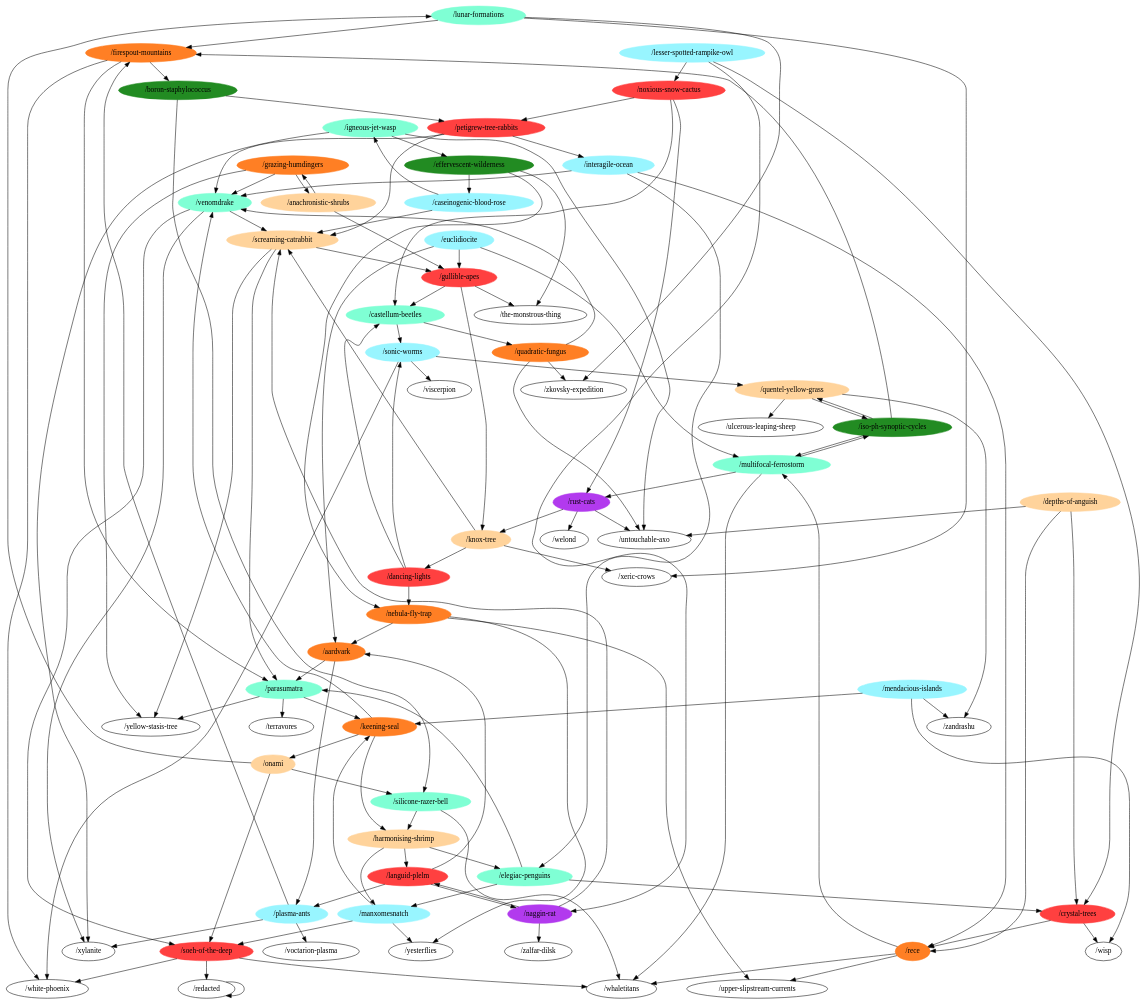
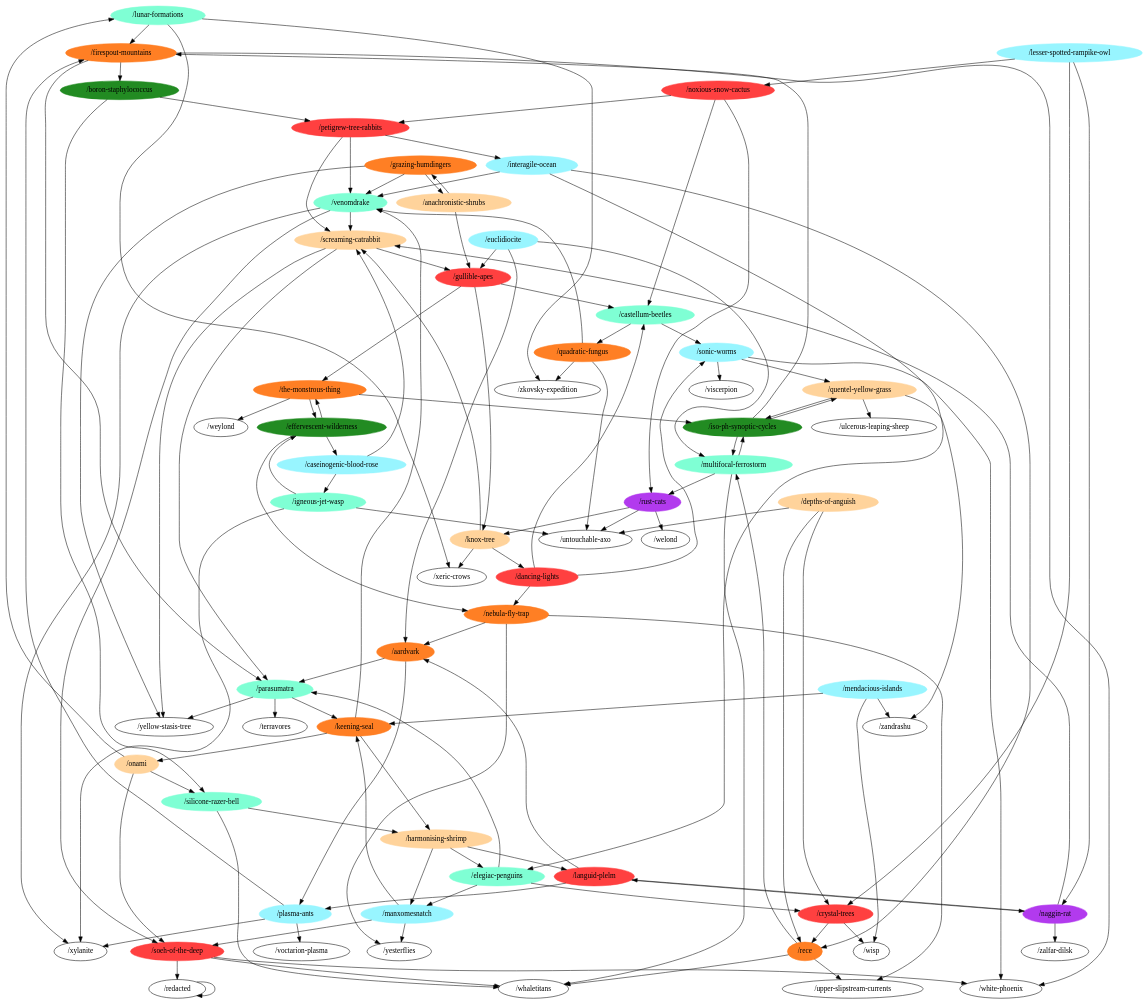
One commit to m-r-hunt/od117-walker changed the diagram in general.dot. Above: the diagram before and after it, drawn with Graphviz. The commit also changed 3 other files, not shown here.

Commit message:
Update graphs.

```diff
--- a/general.dot
+++ b/general.dot
@@ -1,183 +1,187 @@
 digraph G {
 "/lunar-formations" [color=aquamarine,style=filled];
 "/naggin-rat" [color=darkorchid2,style=filled];
 "/iso-ph-synoptic-cycles" [color=forestgreen,style=filled];
 "/multifocal-ferrostorm" [color=aquamarine,style=filled];
 "/effervescent-wilderness" [color=forestgreen,style=filled];
 "/harmonising-shrimp" [color=burlywood1,style=filled];
 "/soeh-of-the-deep" [color=brown1,style=filled];
 "/boron-staphylococcus" [color=forestgreen,style=filled];
 "/untouchable-axo";
 "/castellum-beetles" [color=aquamarine,style=filled];
 "/upper-slipstream-currents";
 "/firespout-mountains" [color=chocolate1,style=filled];
 "/xeric-crows";
 "/zalfar-dilsk";
 "/nebula-fly-trap" [color=chocolate1,style=filled];
 "/igneous-jet-wasp" [color=aquamarine,style=filled];
 "/lesser-spotted-rampike-owl" [color=cadetblue1,style=filled];
 "/wisp";
 "/venomdrake" [color=aquamarine,style=filled];
 "/petigrew-tree-rabbits" [color=brown1,style=filled];
 "/welond";
+"/weylond";
 "/quentel-yellow-grass" [color=burlywood1,style=filled];
 "/noxious-snow-cactus" [color=brown1,style=filled];
 "/grazing-humdingers" [color=chocolate1,style=filled];
 "/viscerpion";
 "/mendacious-islands" [color=cadetblue1,style=filled];
 "/zandrashu";
 "/dancing-lights" [color=brown1,style=filled];
 "/yesterflies";
 "/rece" [color=chocolate1,style=filled];
 "/languid-plelm" [color=brown1,style=filled];
 "/interagile-ocean" [color=cadetblue1,style=filled];
 "/ulcerous-leaping-sheep";
 "/quadratic-fungus" [color=chocolate1,style=filled];
 "/rust-cats" [color=darkorchid2,style=filled];
 "/euclidiocite" [color=cadetblue1,style=filled];
 "/sonic-worms" [color=cadetblue1,style=filled];
 "/crystal-trees" [color=brown1,style=filled];
 "/yellow-stasis-tree";
 "/silicone-razer-bell" [color=aquamarine,style=filled];
 "/depths-of-anguish" [color=burlywood1,style=filled];
 "/whaletitans";
 "/elegiac-penguins" [color=aquamarine,style=filled];
-"/the-monstrous-thing";
+"/the-monstrous-thing" [color=chocolate1,style=filled];
 "/onami" [color=burlywood1,style=filled];
 "/gullible-apes" [color=brown1,style=filled];
 "/knox-tree" [color=burlywood1,style=filled];
 "/parasumatra" [color=aquamarine,style=filled];
 "/white-phoenix";
 "/manxomesnatch" [color=cadetblue1,style=filled];
 "/redacted";
 "/plasma-ants" [color=cadetblue1,style=filled];
 "/anachronistic-shrubs" [color=burlywood1,style=filled];
 "/keening-seal" [color=chocolate1,style=filled];
 "/caseinogenic-blood-rose" [color=cadetblue1,style=filled];
 "/xylanite";
 "/voctarion-plasma";
 "/terravores";
 "/zkovsky-expedition";
 "/screaming-catrabbit" [color=burlywood1,style=filled];
 "/aardvark" [color=chocolate1,style=filled];
 "/lunar-formations" -> "/firespout-mountains";
 "/lunar-formations" -> "/xeric-crows";
 "/lunar-formations" -> "/zkovsky-expedition";
 "/naggin-rat" -> "/zalfar-dilsk";
 "/naggin-rat" -> "/languid-plelm";
 "/naggin-rat" -> "/screaming-catrabbit";
 "/iso-ph-synoptic-cycles" -> "/multifocal-ferrostorm";
 "/iso-ph-synoptic-cycles" -> "/firespout-mountains";
 "/iso-ph-synoptic-cycles" -> "/quentel-yellow-grass";
 "/multifocal-ferrostorm" -> "/iso-ph-synoptic-cycles";
 "/multifocal-ferrostorm" -> "/rust-cats";
 "/multifocal-ferrostorm" -> "/whaletitans";
 "/effervescent-wilderness" -> "/nebula-fly-trap";
 "/effervescent-wilderness" -> "/the-monstrous-thing";
 "/effervescent-wilderness" -> "/caseinogenic-blood-rose";
 "/harmonising-shrimp" -> "/languid-plelm";
 "/harmonising-shrimp" -> "/elegiac-penguins";
 "/harmonising-shrimp" -> "/manxomesnatch";
 "/soeh-of-the-deep" -> "/whaletitans";
 "/soeh-of-the-deep" -> "/white-phoenix";
 "/soeh-of-the-deep" -> "/redacted";
 "/boron-staphylococcus" -> "/petigrew-tree-rabbits";
 "/boron-staphylococcus" -> "/silicone-razer-bell";
 "/castellum-beetles" -> "/quadratic-fungus";
 "/castellum-beetles" -> "/sonic-worms";
 "/firespout-mountains" -> "/boron-staphylococcus";
 "/firespout-mountains" -> "/parasumatra";
 "/firespout-mountains" -> "/white-phoenix";
 "/nebula-fly-trap" -> "/upper-slipstream-currents";
 "/nebula-fly-trap" -> "/yesterflies";
 "/nebula-fly-trap" -> "/aardvark";
 "/igneous-jet-wasp" -> "/effervescent-wilderness";
 "/igneous-jet-wasp" -> "/untouchable-axo";
 "/igneous-jet-wasp" -> "/xylanite";
 "/lesser-spotted-rampike-owl" -> "/naggin-rat";
 "/lesser-spotted-rampike-owl" -> "/noxious-snow-cactus";
 "/lesser-spotted-rampike-owl" -> "/crystal-trees";
 "/venomdrake" -> "/soeh-of-the-deep";
 "/venomdrake" -> "/xylanite";
 "/venomdrake" -> "/screaming-catrabbit";
 "/petigrew-tree-rabbits" -> "/venomdrake";
 "/petigrew-tree-rabbits" -> "/interagile-ocean";
 "/petigrew-tree-rabbits" -> "/screaming-catrabbit";
 "/quentel-yellow-grass" -> "/iso-ph-synoptic-cycles";
 "/quentel-yellow-grass" -> "/zandrashu";
 "/quentel-yellow-grass" -> "/ulcerous-leaping-sheep";
 "/noxious-snow-cactus" -> "/castellum-beetles";
 "/noxious-snow-cactus" -> "/petigrew-tree-rabbits";
 "/noxious-snow-cactus" -> "/rust-cats";
 "/grazing-humdingers" -> "/venomdrake";
 "/grazing-humdingers" -> "/yellow-stasis-tree";
 "/grazing-humdingers" -> "/anachronistic-shrubs";
 "/mendacious-islands" -> "/wisp";
 "/mendacious-islands" -> "/zandrashu";
 "/mendacious-islands" -> "/keening-seal";
 "/dancing-lights" -> "/castellum-beetles";
 "/dancing-lights" -> "/nebula-fly-trap";
 "/dancing-lights" -> "/sonic-worms";
 "/rece" -> "/multifocal-ferrostorm";
 "/rece" -> "/upper-slipstream-currents";
 "/rece" -> "/whaletitans";
 "/languid-plelm" -> "/naggin-rat";
 "/languid-plelm" -> "/plasma-ants";
 "/languid-plelm" -> "/aardvark";
 "/interagile-ocean" -> "/venomdrake";
 "/interagile-ocean" -> "/rece";
 "/interagile-ocean" -> "/elegiac-penguins";
 "/quadratic-fungus" -> "/untouchable-axo";
 "/quadratic-fungus" -> "/venomdrake";
 "/quadratic-fungus" -> "/zkovsky-expedition";
 "/rust-cats" -> "/untouchable-axo";
 "/rust-cats" -> "/welond";
 "/rust-cats" -> "/knox-tree";
 "/euclidiocite" -> "/multifocal-ferrostorm";
 "/euclidiocite" -> "/gullible-apes";
 "/euclidiocite" -> "/aardvark";
 "/sonic-worms" -> "/quentel-yellow-grass";
 "/sonic-worms" -> "/viscerpion";
 "/sonic-worms" -> "/white-phoenix";
 "/crystal-trees" -> "/wisp";
 "/crystal-trees" -> "/rece";
 "/silicone-razer-bell" -> "/harmonising-shrimp";
 "/silicone-razer-bell" -> "/whaletitans";
 "/depths-of-anguish" -> "/untouchable-axo";
 "/depths-of-anguish" -> "/rece";
 "/depths-of-anguish" -> "/crystal-trees";
 "/elegiac-penguins" -> "/crystal-trees";
 "/elegiac-penguins" -> "/parasumatra";
 "/elegiac-penguins" -> "/manxomesnatch";
+"/the-monstrous-thing" -> "/iso-ph-synoptic-cycles";
+"/the-monstrous-thing" -> "/effervescent-wilderness";
+"/the-monstrous-thing" -> "/weylond";
 "/onami" -> "/lunar-formations";
 "/onami" -> "/soeh-of-the-deep";
 "/onami" -> "/silicone-razer-bell";
 "/gullible-apes" -> "/castellum-beetles";
 "/gullible-apes" -> "/the-monstrous-thing";
 "/gullible-apes" -> "/knox-tree";
 "/knox-tree" -> "/xeric-crows";
 "/knox-tree" -> "/dancing-lights";
 "/knox-tree" -> "/screaming-catrabbit";
 "/parasumatra" -> "/yellow-stasis-tree";
 "/parasumatra" -> "/keening-seal";
 "/parasumatra" -> "/terravores";
 "/manxomesnatch" -> "/soeh-of-the-deep";
 "/manxomesnatch" -> "/yesterflies";
 "/manxomesnatch" -> "/keening-seal";
 "/redacted" -> "/redacted";
 "/plasma-ants" -> "/firespout-mountains";
 "/plasma-ants" -> "/xylanite";
 "/plasma-ants" -> "/voctarion-plasma";
 "/anachronistic-shrubs" -> "/grazing-humdingers";
 "/anachronistic-shrubs" -> "/gullible-apes";
 "/keening-seal" -> "/harmonising-shrimp";
 "/keening-seal" -> "/venomdrake";
 "/keening-seal" -> "/onami";
 "/caseinogenic-blood-rose" -> "/igneous-jet-wasp";
 "/caseinogenic-blood-rose" -> "/screaming-catrabbit";
 "/screaming-catrabbit" -> "/yellow-stasis-tree";
 "/screaming-catrabbit" -> "/gullible-apes";
 "/screaming-catrabbit" -> "/parasumatra";
 "/aardvark" -> "/parasumatra";
 "/aardvark" -> "/plasma-ants";
 }
```
